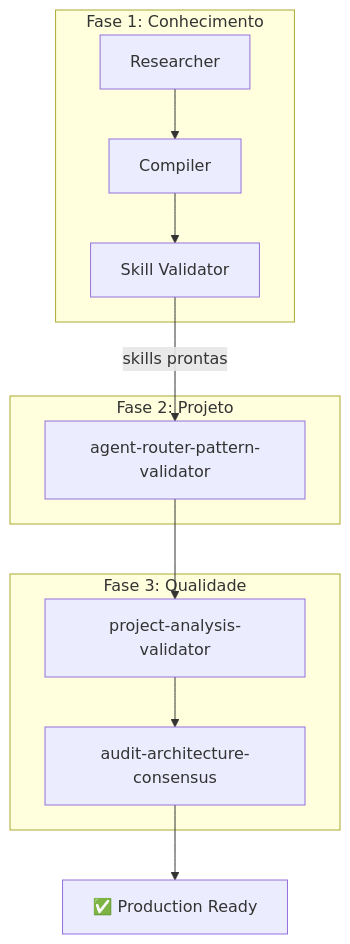
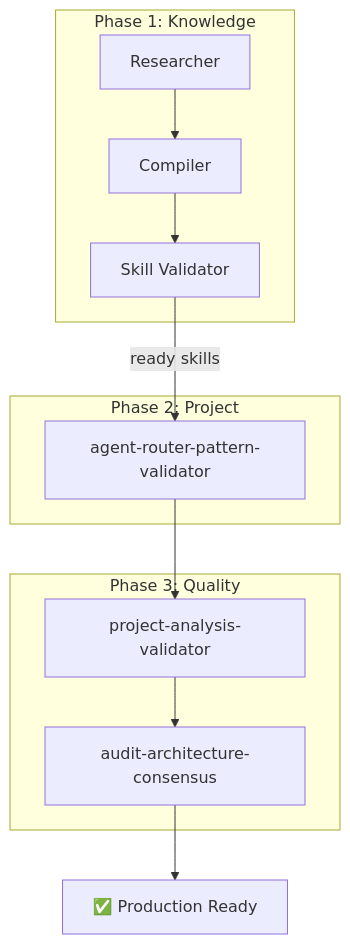
Before and after one commit to rodrigo-mendes/agents-factory: the sixth of 6 diagrams in docs/fluxos/README.md, drawn with Mermaid. The commit also changed other lines of this file and 70 other files, not shown here.

````diff
--- a/docs/fluxos/README.md
+++ b/docs/fluxos/README.md
@@ -99,19 +99,19 @@
 ```mermaid
 graph TD
-    subgraph "Fase 1: Conhecimento"
+    subgraph "Phase 1: Knowledge"
         R[Researcher] --> C[Compiler]
         C --> V1[Skill Validator]
     end
 
-    subgraph "Fase 2: Projeto"
+    subgraph "Phase 2: Project"
         RP[agent-router-pattern-validator]
     end
 
-    subgraph "Fase 3: Qualidade"
+    subgraph "Phase 3: Quality"
         PV[project-analysis-validator] --> AU[audit-architecture-consensus]
     end
 
-    V1 -->|skills prontas| RP
+    V1 -->|ready skills| RP
     RP --> PV
     AU --> PROD[✅ Production Ready]
 ```
````
